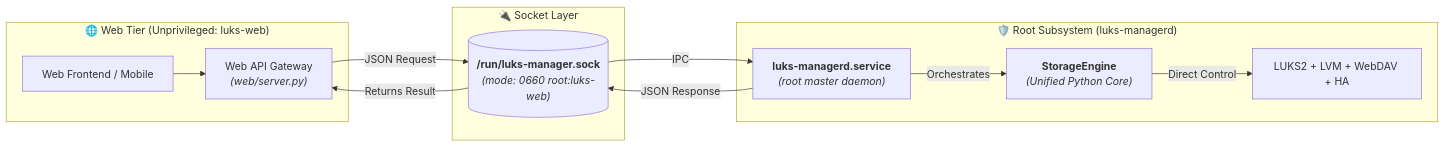
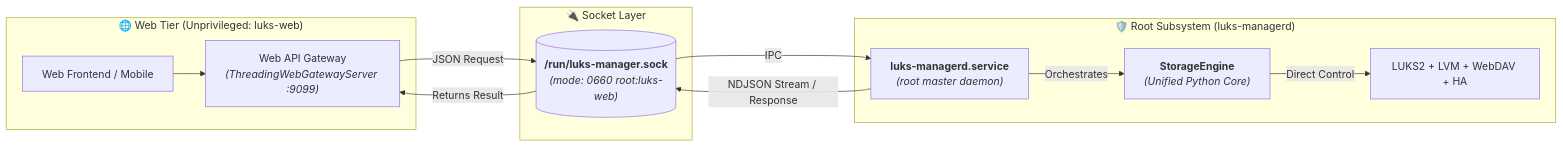
The diagram in docs/daemon.md (a-cifrodelli/luks-companion), drawn with Mermaid before and after one commit. The commit also changed other lines of this file and 4 other files, not shown here.

Commit message:
docs: align README and docs with Python v2 architecture, add interactive flowchart link, and harmonize webdav port default

````diff
--- a/docs/daemon.md
+++ b/docs/daemon.md
@@ -15,23 +15,23 @@
 ```mermaid
 flowchart LR
     subgraph WEB ["🌐 Web Tier (Unprivileged: luks-web)"]
-        UI["Web Frontend / Mobile"] --> API["Web API Gateway<br/><i>(web/server.py)</i>"]
+        UI["Web Frontend / Mobile"] --> API["Web API Gateway<br/><i>(ThreadingWebGatewayServer :9099)</i>"]
     end
 
     subgraph SOCK ["🔌 Socket Layer"]
         Socket[("<b>/run/luks-manager.sock</b><br/><i>(mode: 0660 root:luks-web)</i>")]
     end
 
     subgraph SYSTEM ["🛡️ Root Subsystem (luks-managerd)"]
         Daemon["<b>luks-managerd.service</b><br/><i>(root master daemon)</i>"]
         Engine["<b>StorageEngine</b><br/><i>(Unified Python Core)</i>"]
         Storage["LUKS2 + LVM + WebDAV + HA"]
     end
 
     API -->|JSON Request| Socket
     Socket -->|IPC| Daemon
     Daemon -->|Orchestrates| Engine
     Engine -->|Direct Control| Storage
-    Daemon -->|JSON Response| Socket
+    Daemon -->|NDJSON Stream / Response| Socket
     Socket -->|Returns Result| API
 ```
````
